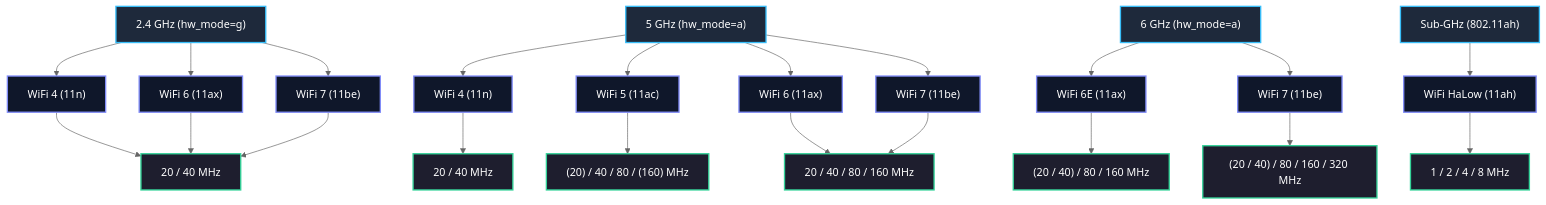
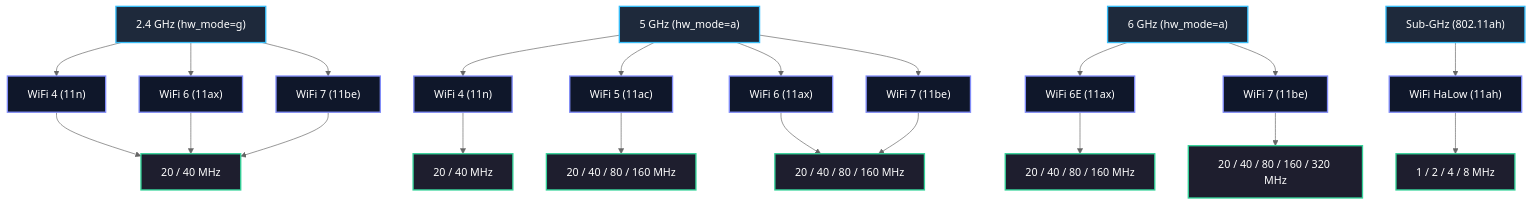
Before and after one commit to jameswtchang/QWiFiTestTool: the first of 3 diagrams in docs/presentation_outline.md, drawn with Mermaid (neutral theme). The commit also changed other lines of this file and 19 other files, not shown here.

````diff
--- a/docs/presentation_outline.md
+++ b/docs/presentation_outline.md
@@ -33,36 +35,36 @@
 ```mermaid
 graph TD
     classDef band fill:#1e293b,stroke:#38bdf8,stroke-width:2px,color:#fff;
     classDef proto fill:#0f172a,stroke:#818cf8,stroke-width:2px,color:#fff;
     classDef bw fill:#1e1e2e,stroke:#34d399,stroke-width:2px,color:#fff;
 
     B1["2.4 GHz (hw_mode=g)"]:::band
     B2["5 GHz (hw_mode=a)"]:::band
     B3["6 GHz (hw_mode=a)"]:::band
     B4["Sub-GHz (802.11ah)"]:::band
 
     %% 2.4G
     B1 --> P_N["WiFi 4 (11n)"]:::proto
     B1 --> P_AX1["WiFi 6 (11ax)"]:::proto
     B1 --> P_BE1["WiFi 7 (11be)"]:::proto
     P_N & P_AX1 & P_BE1 --> BW_20_40["20 / 40 MHz"]:::bw
 
     %% 5G
     B2 --> P_N2["WiFi 4 (11n)"]:::proto
     B2 --> P_AC["WiFi 5 (11ac)"]:::proto
     B2 --> P_AX2["WiFi 6 (11ax)"]:::proto
     B2 --> P_BE2["WiFi 7 (11be)"]:::proto
     P_N2 --> BW_5_N["20 / 40 MHz"]:::bw
-    P_AC --> BW_5_AC["(20) / 40 / 80 / (160) MHz"]:::bw
+    P_AC --> BW_5_AC["20 / 40 / 80 / 160 MHz"]:::bw
     P_AX2 & P_BE2 --> BW_5_HE["20 / 40 / 80 / 160 MHz"]:::bw
 
     %% 6G
     B3 --> P_AX3["WiFi 6E (11ax)"]:::proto
     B3 --> P_BE3["WiFi 7 (11be)"]:::proto
-    P_AX3 --> BW_6_AX["(20 / 40) / 80 / 160 MHz"]:::bw
-    P_BE3 --> BW_6_BE["(20 / 40) / 80 / 160 / 320 MHz"]:::bw
+    P_AX3 --> BW_6_AX["20 / 40 / 80 / 160 MHz"]:::bw
+    P_BE3 --> BW_6_BE["20 / 40 / 80 / 160 / 320 MHz"]:::bw
 
     %% Sub-G
     B4 --> P_AH["WiFi HaLow (11ah)"]:::proto
     P_AH --> BW_AH["1 / 2 / 4 / 8 MHz"]:::bw
 ```
````
